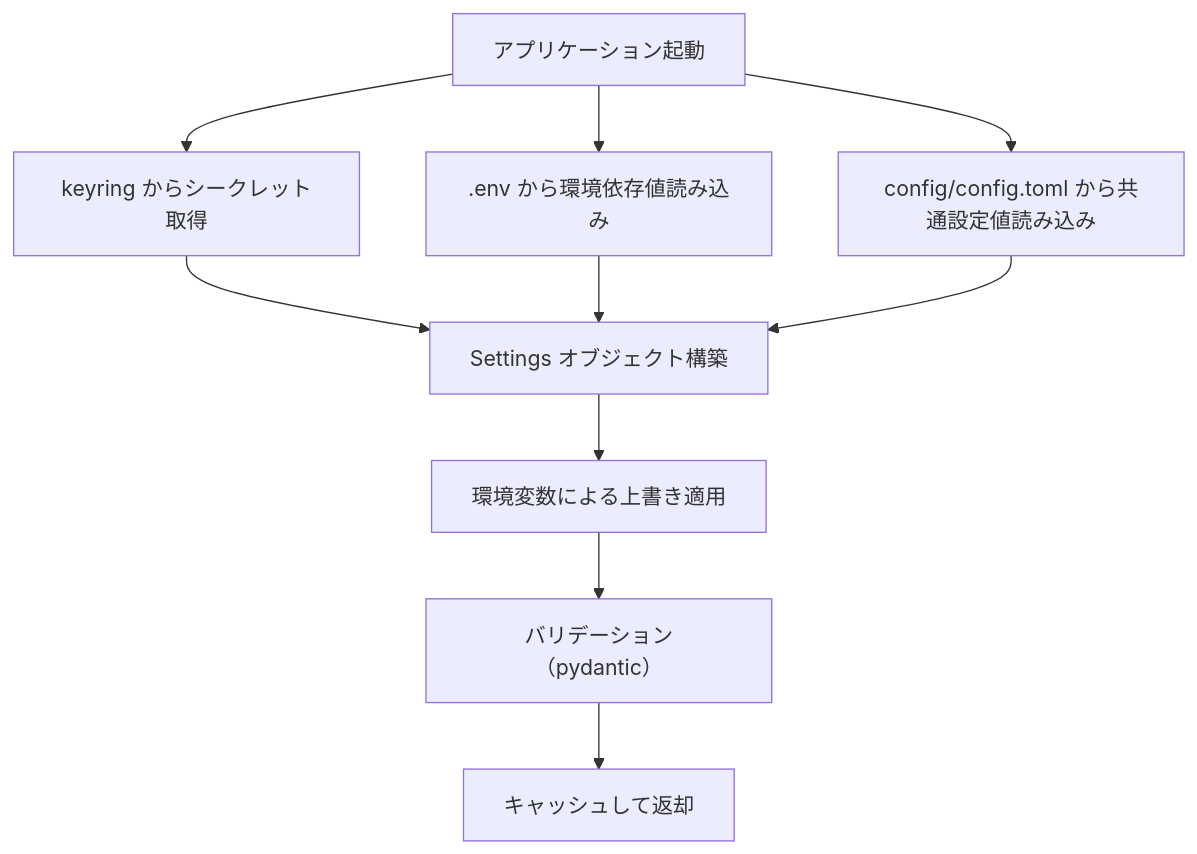
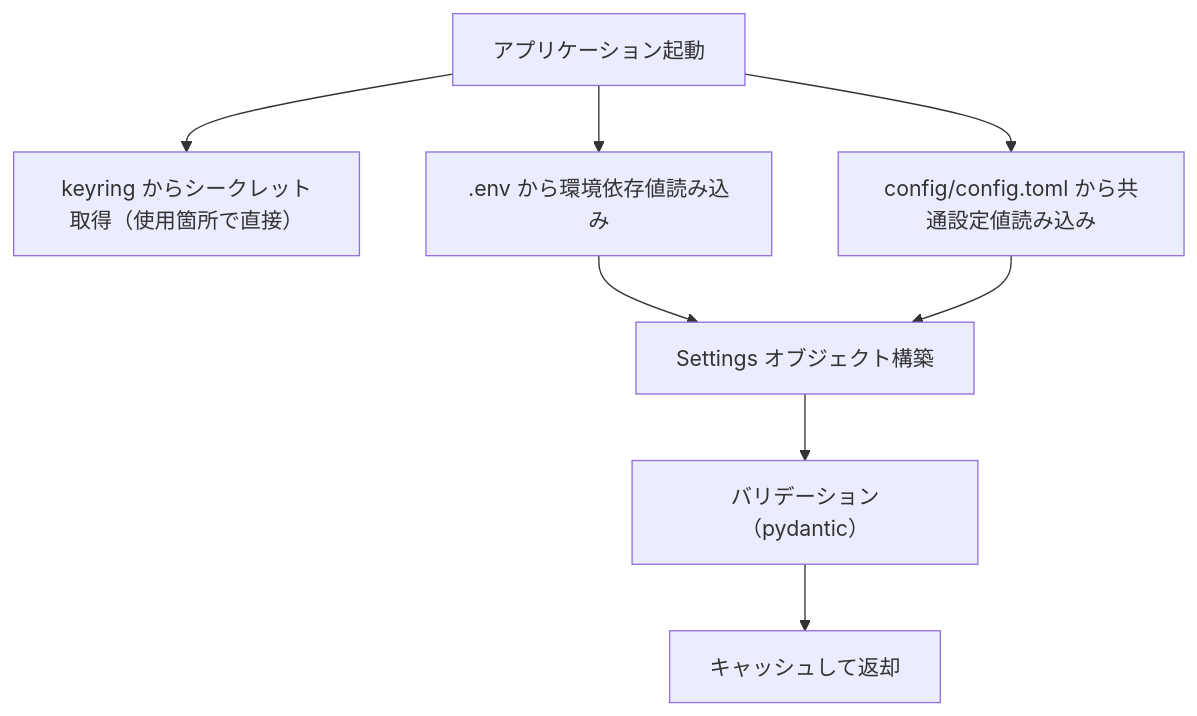
Before and after one commit to becky3/ai-assistant: the diagram in docs/specs/infrastructure/config-management.md, drawn with Mermaid. The commit also changed other lines of this file and 11 other files, not shown here.

````diff
--- a/docs/specs/infrastructure/config-management.md
+++ b/docs/specs/infrastructure/config-management.md
@@ -153,12 +144,10 @@
 ```mermaid
 flowchart TD
-    A["アプリケーション起動"] --> B["keyring からシークレット取得"]
+    A["アプリケーション起動"] --> B["keyring からシークレット取得（使用箇所で直接）"]
     A --> C[".env から環境依存値読み込み"]
     A --> D["config/config.toml から共通設定値読み込み"]
-    B --> E["Settings オブジェクト構築"]
-    C --> E
+    C --> E["Settings オブジェクト構築"]
     D --> E
-    E --> F["環境変数による上書き適用"]
-    F --> G["バリデーション（pydantic）"]
-    G --> H["キャッシュして返却"]
+    E --> F["バリデーション（pydantic）"]
+    F --> G["キャッシュして返却"]
 ```
````
